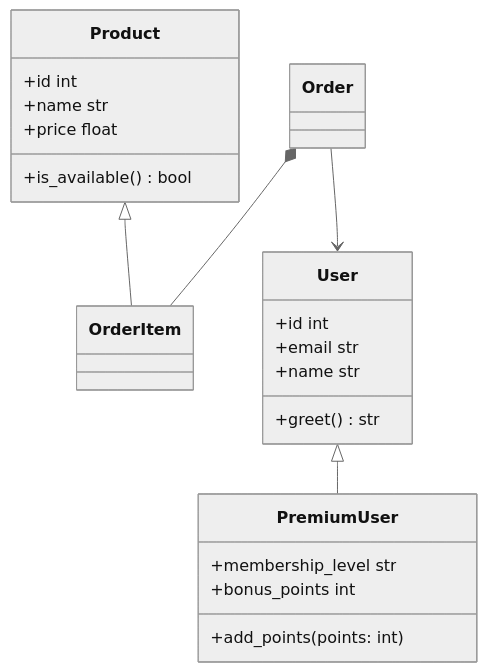
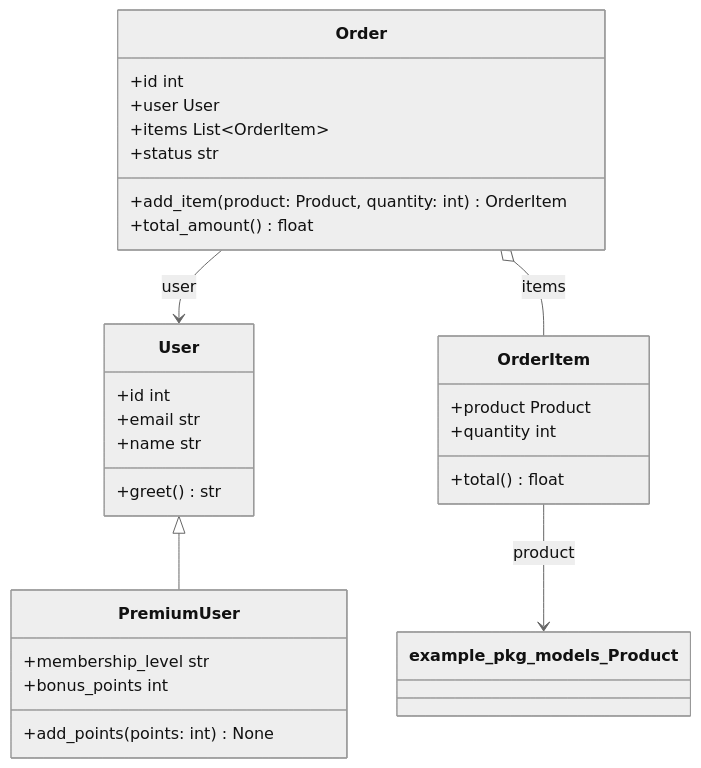
Before and after one commit to CouLiBaLy-B/visual-doc: the diagram in README.md, drawn with Mermaid (neutral theme). The commit also changed other lines of this file and 31 other files, not shown here.

````diff
--- a/README.md
+++ b/README.md
@@ -333,24 +348,31 @@
 ```mermaid
 classDiagram
-    class Product {
+    class example_pkg_models_Order["Order"] {
         +id int
-        +name str
-        +price float
-        +is_available() bool
+        +user User
+        +items List~OrderItem~
+        +status str
+        +add_item(product: Product, quantity: int) OrderItem
+        +total_amount() float
     }
-    class User {
+    class example_pkg_models_User["User"] {
         +id int
         +email str
         +name str
         +greet() str
     }
-    class PremiumUser {
+    class example_pkg_models_PremiumUser["PremiumUser"] {
         +membership_level str
         +bonus_points int
-        +add_points(points: int)
+        +add_points(points: int) None
     }
-    Product <|-- OrderItem
-    User <|-- PremiumUser
-    Order *-- OrderItem
-    Order --> User
+    class example_pkg_models_OrderItem["OrderItem"] {
+        +product Product
+        +quantity int
+        +total() float
+    }
+    example_pkg_models_User <|-- example_pkg_models_PremiumUser
+    example_pkg_models_Order --> example_pkg_models_User : user
+    example_pkg_models_Order o-- example_pkg_models_OrderItem : items
+    example_pkg_models_OrderItem --> example_pkg_models_Product : product
 ```
````
